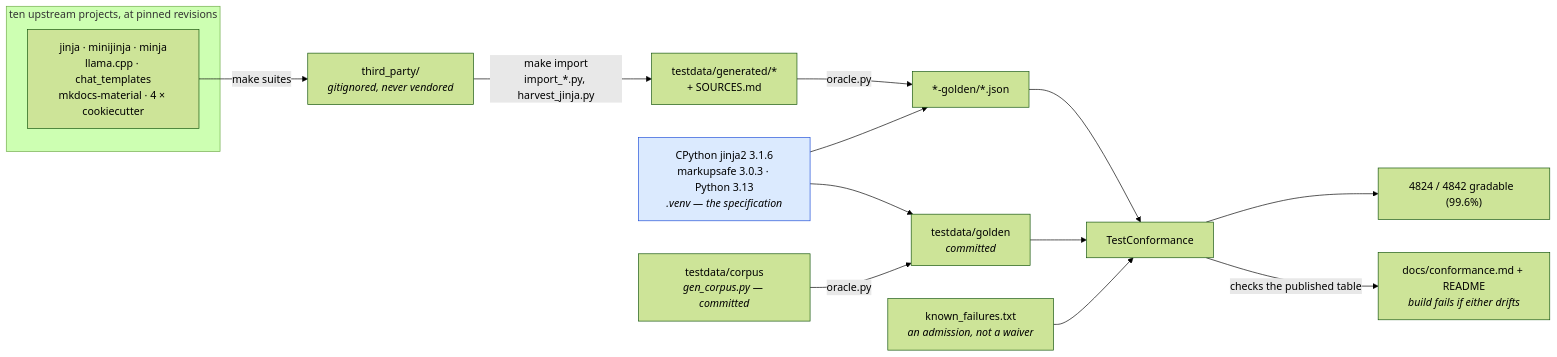
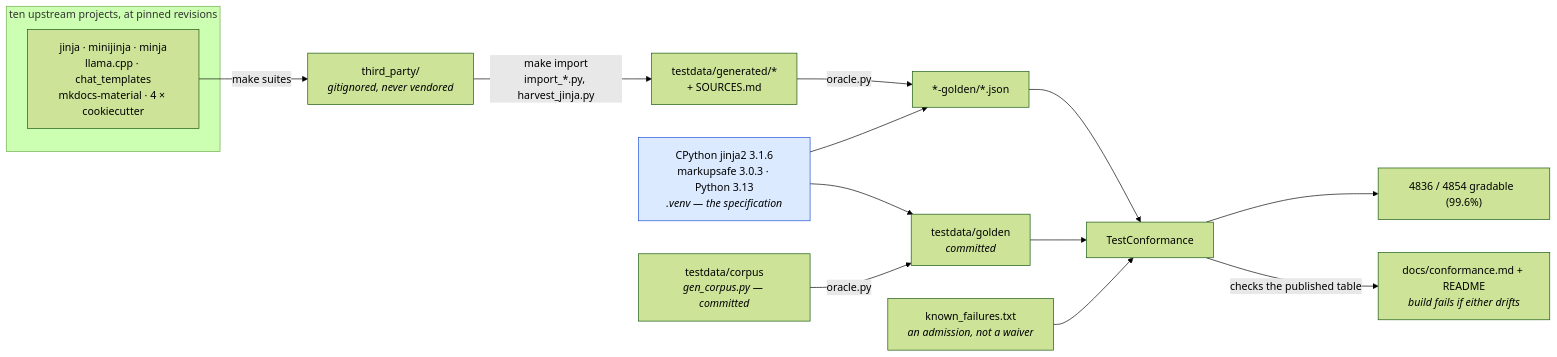
The first of 2 diagrams in docs/conformance.md (mgilbir/gojja2), drawn with Mermaid (forest theme) before and after one commit. The commit also changed other lines of this file and 47 other files, not shown here.

````diff
--- a/docs/conformance.md
+++ b/docs/conformance.md
@@ -17,24 +17,24 @@
 ```mermaid
 flowchart LR
     subgraph up["ten upstream projects, at pinned revisions"]
         U1["jinja · minijinja · minja<br/>llama.cpp · chat_templates<br/>mkdocs-material · 4 × cookiecutter"]
     end
     U1 -->|"make suites"| TP["third_party/<br/><i>gitignored, never vendored</i>"]
     TP -->|"make import<br/>import_*.py, harvest_jinja.py"| GEN["testdata/generated/*<br/>+ SOURCES.md"]
 
     ORA["CPython jinja2 3.1.6<br/>markupsafe 3.0.3 · Python 3.13<br/><i>.venv — the specification</i>"]
     GEN -->|"oracle.py"| G2["*-golden/*.json"]
     ORA --> G2
 
     OWN["testdata/corpus<br/><i>gen_corpus.py — committed</i>"] -->|"oracle.py"| G1["testdata/golden<br/><i>committed</i>"]
     ORA --> G1
 
     G1 --> TC["TestConformance"]
     G2 --> TC
     KF["known_failures.txt<br/><i>an admission, not a waiver</i>"] --> TC
-    TC --> RATE["4824 / 4842 gradable  (99.6%)"]
+    TC --> RATE["4836 / 4854 gradable  (99.6%)"]
     TC -->|"checks the published table"| RM["docs/conformance.md + README<br/><i>build fails if either drifts</i>"]
 
     classDef spec fill:#dbeafe,stroke:#1d4ed8,color:#000
     class ORA spec
 ```
````
